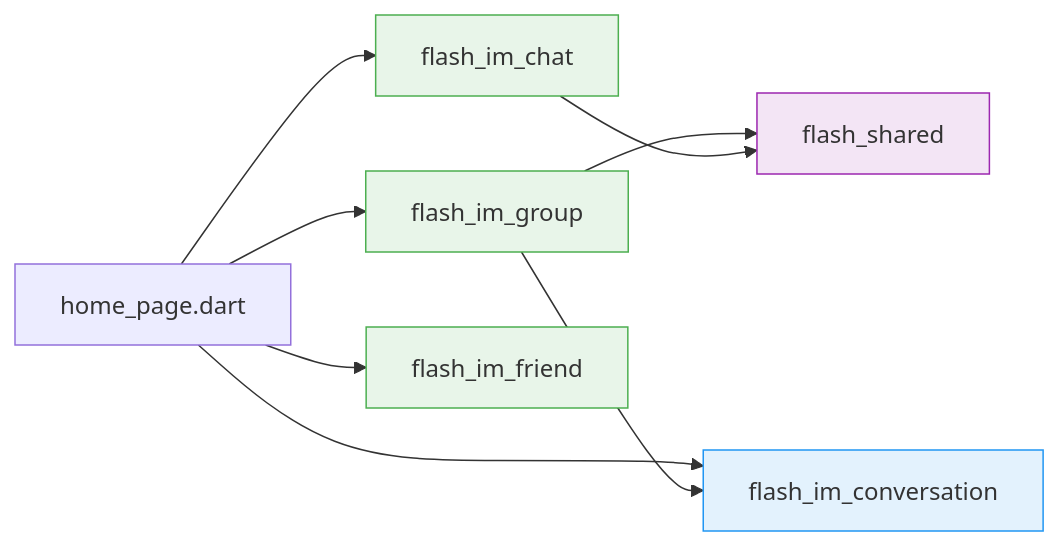
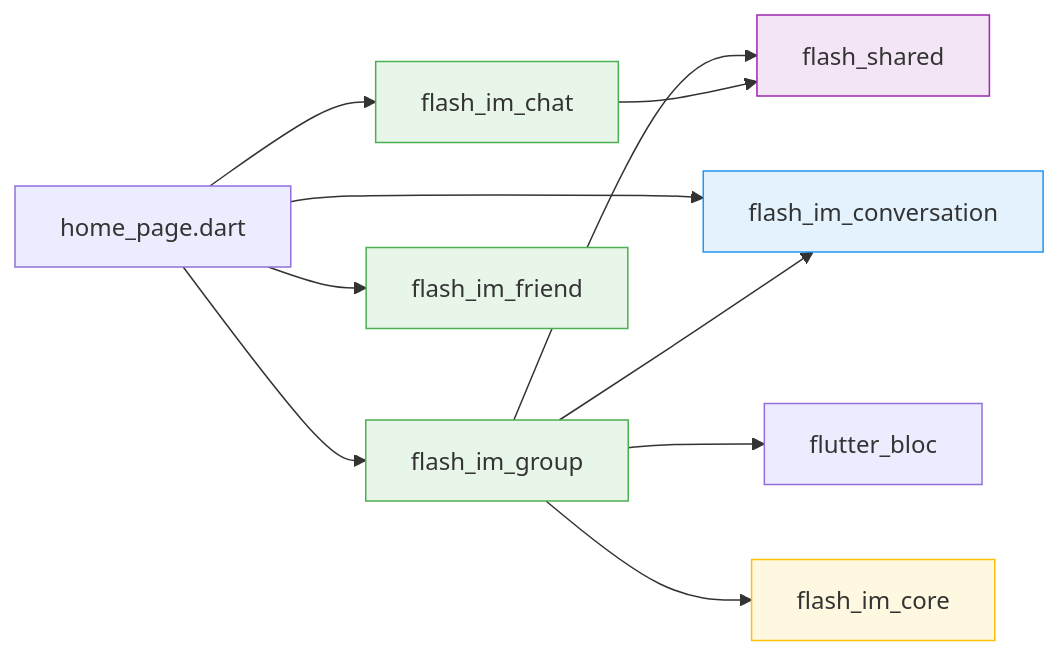
Before and after one commit to toly1994328/flash_im_by_ai: the first of 4 diagrams in docs/features/archiver/modules/group/client.md, drawn with Mermaid. The commit also changed other lines of this file and 68 other files, not shown here.

````diff
--- a/docs/features/archiver/modules/group/client.md
+++ b/docs/features/archiver/modules/group/client.md
@@ -20,16 +21,19 @@
 ```mermaid
 graph LR
     HP[home_page.dart] --> FIG[flash_im_group]
     HP --> FIC[flash_im_conversation]
     HP --> FICH[flash_im_chat]
     HP --> FIF[flash_im_friend]
     FIG --> FS[flash_shared]
     FIG --> FIC
+    FIG --> FB[flutter_bloc]
+    FIG --> FIMC[flash_im_core]
     FICH --> FS
 
     style FIG fill:#E8F5E9,stroke:#4CAF50
     style FIC fill:#E3F2FD,stroke:#2196F3
     style FICH fill:#E8F5E9,stroke:#4CAF50
     style FS fill:#F3E5F5,stroke:#9C27B0
     style FIF fill:#E8F5E9,stroke:#4CAF50
+    style FIMC fill:#FFF8E1,stroke:#FFC107
 ```
````
